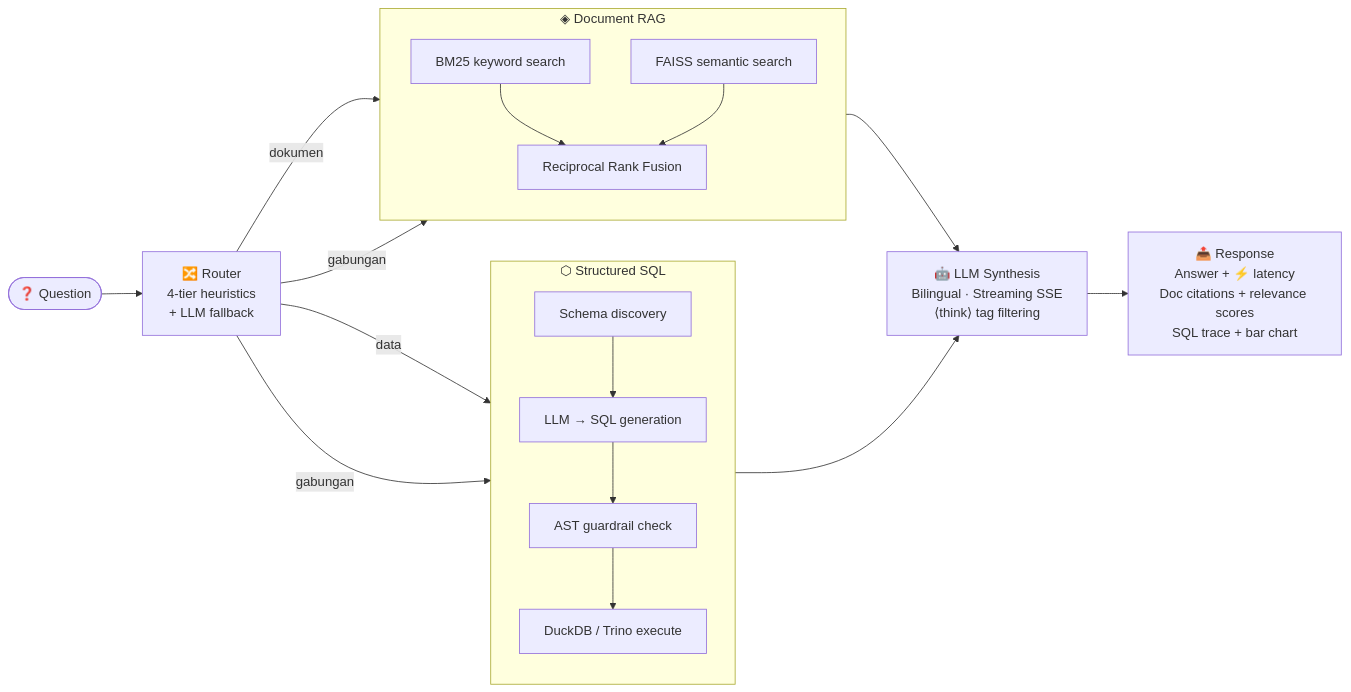
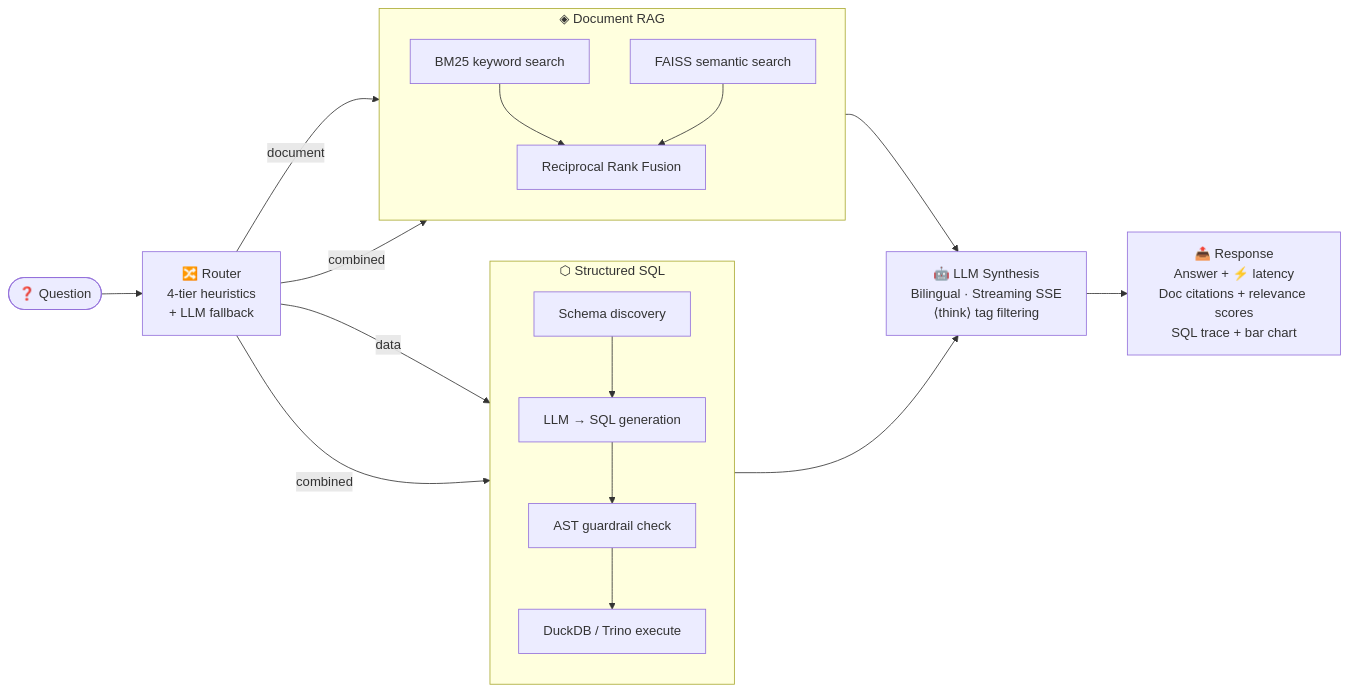
One commit to servaed/PROJECTS changed the second of 2 diagrams in demos/cloudera-ai-id-rag-demo/README.md. Above: the diagram before and after it, drawn with Mermaid. The commit also changed other lines of this file, not shown here.

````diff
--- a/demos/cloudera-ai-id-rag-demo/README.md
+++ b/demos/cloudera-ai-id-rag-demo/README.md
@@ -96,32 +95,32 @@
 ```mermaid
 flowchart LR
     Q(["❓ Question"]) --> RTR["🔀 Router\n4-tier heuristics\n+ LLM fallback"]
 
-    RTR -->|dokumen| RAG
+    RTR -->|document| RAG
     RTR -->|data| SQL
-    RTR -->|gabungan| RAG
-    RTR -->|gabungan| SQL
+    RTR -->|combined| RAG
+    RTR -->|combined| SQL
 
     subgraph RAG["◈ Document RAG"]
         direction TB
         R1["BM25 keyword search"]
         R2["FAISS semantic search"]
         R3["Reciprocal Rank Fusion"]
         R1 --> R3
         R2 --> R3
     end
 
     subgraph SQL["⬡ Structured SQL"]
         direction TB
         S1["Schema discovery"]
         S2["LLM → SQL generation"]
         S3["AST guardrail check"]
         S4["DuckDB / Trino execute"]
         S1 --> S2 --> S3 --> S4
     end
 
     RAG --> SYNTH["🤖 LLM Synthesis\nBilingual · Streaming SSE\n⟨think⟩ tag filtering"]
     SQL --> SYNTH
 
     SYNTH --> OUT["📤 Response\nAnswer + ⚡ latency\nDoc citations + relevance scores\nSQL trace + bar chart"]
 ```
````
